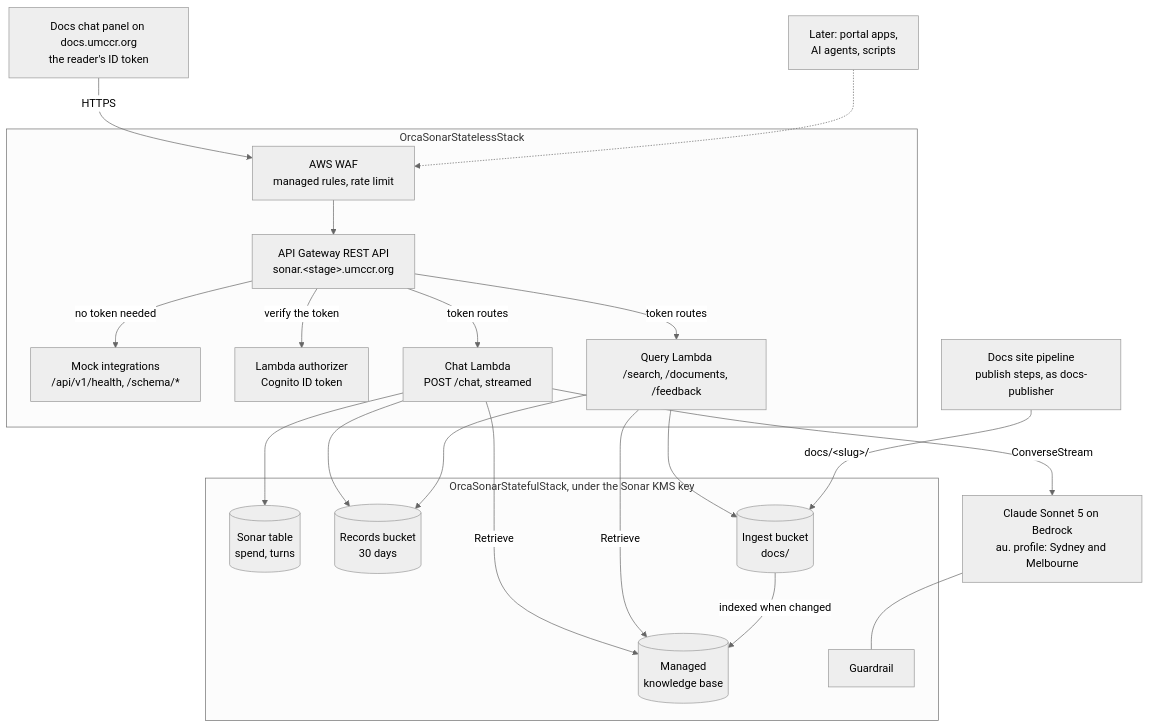
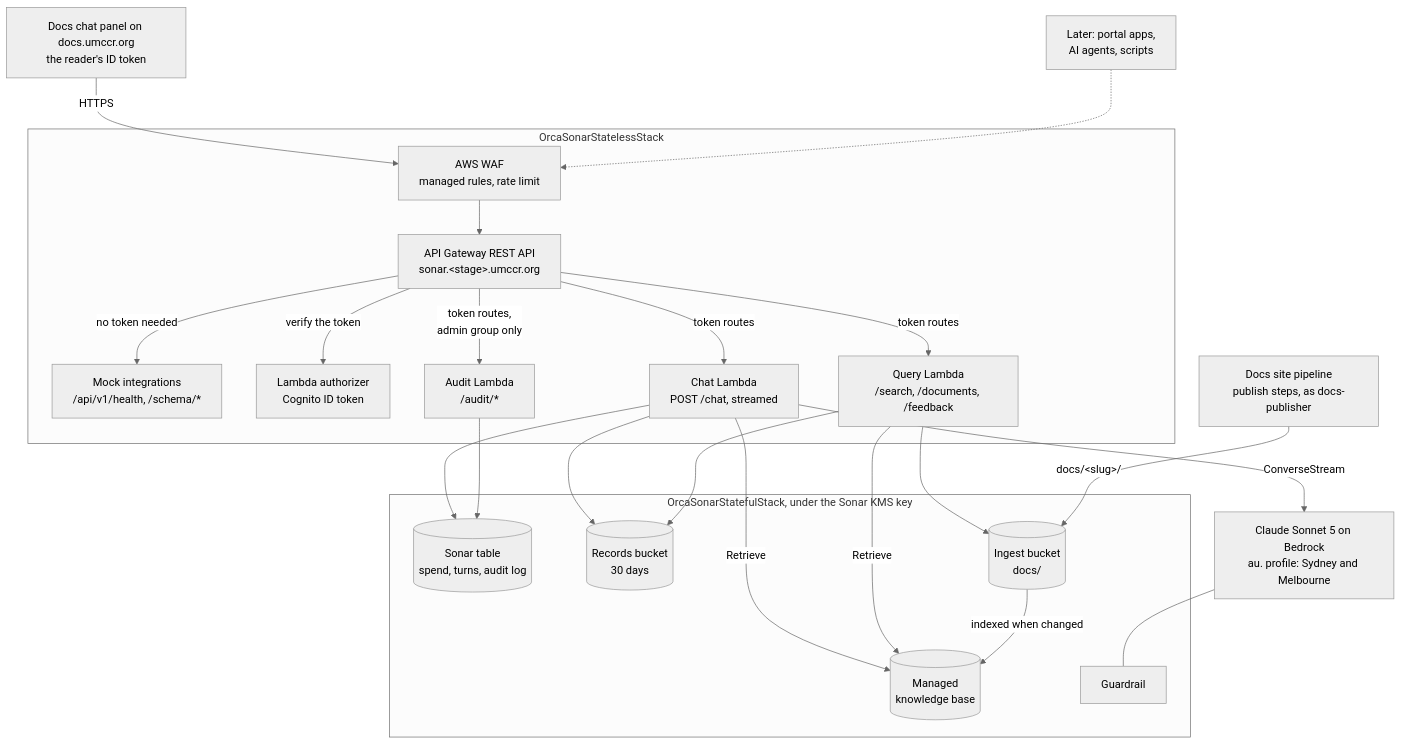
One commit to umccr/orcasonar changed the first of 7 diagrams in docs/design.md. Above: the diagram before and after it, drawn with Mermaid (neutral theme). The commit also changed other lines of this file and 28 other files, not shown here.

Commit message:
Add an audit log API for administrators

````diff
--- a/docs/design.md
+++ b/docs/design.md
@@ -55,35 +56,37 @@
 ```mermaid
 flowchart TB
     panel["Docs chat panel on docs.umccr.org<br/>the reader's ID token"]
     later["Later: portal apps,<br/>AI agents, scripts"]
 
     subgraph stateless["OrcaSonarStatelessStack"]
         waf["AWS WAF<br/>managed rules, rate limit"] --> api["API Gateway REST API<br/>sonar.#lt;stage#gt;.umccr.org"]
         api -- "no token needed" --> mock["Mock integrations<br/>/api/v1/health, /schema/*"]
         api -- "verify the token" --> authz["Lambda authorizer<br/>Cognito ID token"]
         api -- "token routes" --> chat["Chat Lambda<br/>POST /chat, streamed"]
         api -- "token routes" --> query["Query Lambda<br/>/search, /documents, /feedback"]
+        api -- "token routes,<br/>admin group only" --> audit["Audit Lambda<br/>/audit/*"]
     end
 
     subgraph stateful["OrcaSonarStatefulStack, under the Sonar KMS key"]
-        table[("Sonar table<br/>spend, turns")]
+        table[("Sonar table<br/>spend, turns, audit log")]
         records[("Records bucket<br/>30 days")]
         kb[("Managed<br/>knowledge base")]
         ingest[("Ingest bucket<br/>docs/")]
         guardrail["Guardrail"]
     end
 
     claude["Claude Sonnet 5 on Bedrock<br/>au. profile: Sydney and Melbourne"]
     publish["Docs site pipeline<br/>publish steps, as docs-publisher"]
 
     panel -- "HTTPS" --> waf
     later -.-> waf
     chat --> table & records
     chat -- "Retrieve" --> kb
     chat -- "ConverseStream" --> claude
     claude --- guardrail
     query -- "Retrieve" --> kb
     query --> ingest & records
+    audit --> table
     publish -- "docs/#lt;slug#gt;/" --> ingest
     ingest -- "indexed when changed" --> kb
 ```
````
